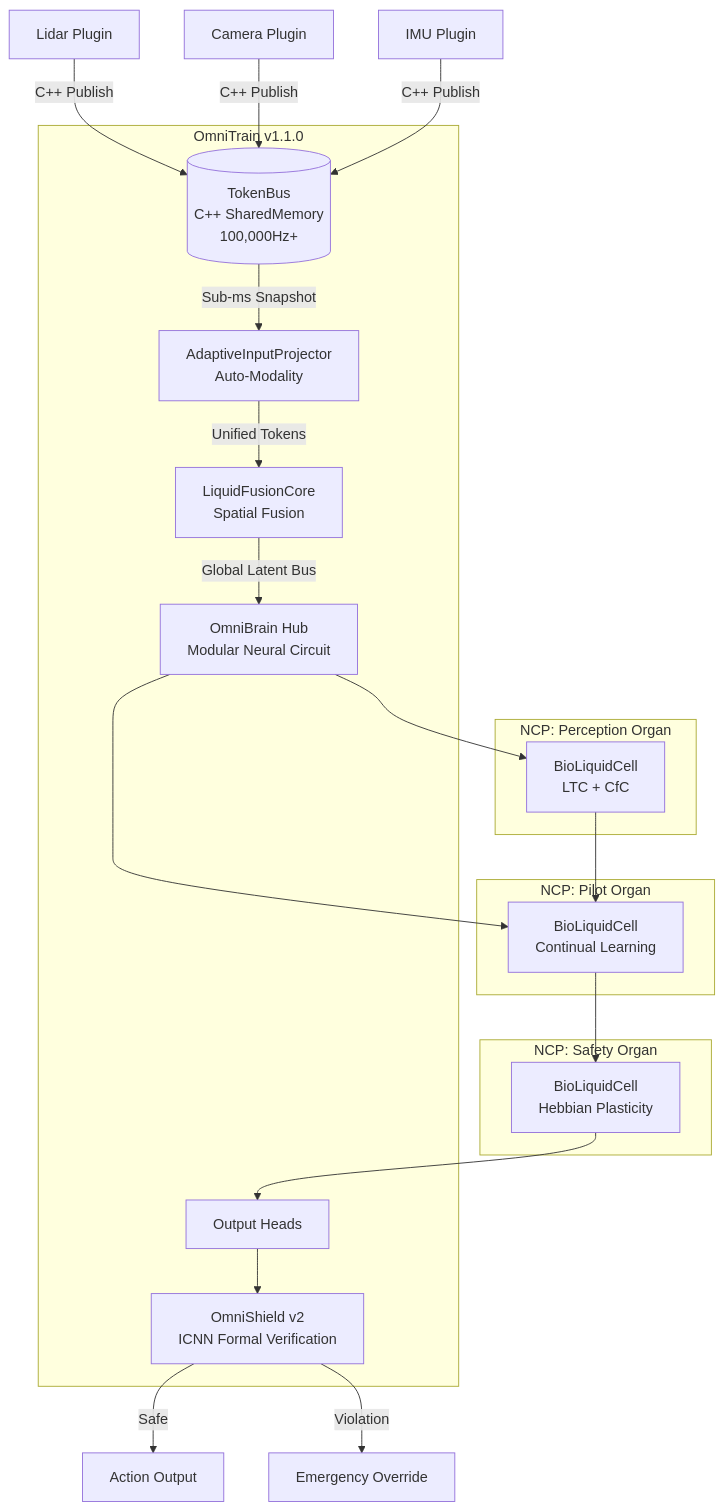
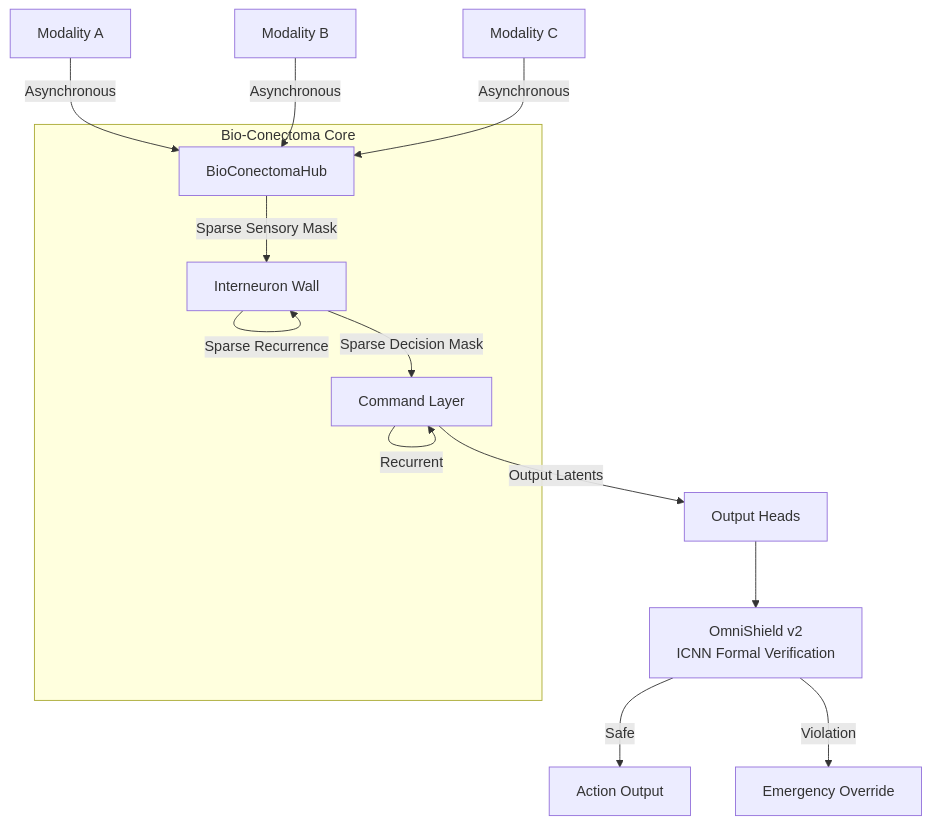
The diagram in docs/DETAILS.md (Mrmyms/Omnitrain), drawn with Mermaid before and after one commit. The commit also changed other lines of this file and 36 other files, not shown here.

Commit message:
Industrialize OmniTrain v2.1: Fix data degradation, stabilize Lagrangian training, and optimize multi-sensor fusion

````diff
--- a/docs/DETAILS.md
+++ b/docs/DETAILS.md
@@ -12,43 +12,19 @@
 ```mermaid
 graph TD
-    S1[ Lidar Plugin] -->|C++ Publish| TB[(TokenBus<br>C++ SharedMemory<br>100,000Hz+)]
-    S2[ Camera Plugin] -->|C++ Publish| TB
-    S3[ IMU Plugin] -->|C++ Publish| TB
+    S1[ Modality A] -->|Asynchronous| H[BioConectomaHub]
+    S2[ Modality B] -->|Asynchronous| H
+    S3[ Modality C] -->|Asynchronous| H
 
-    TB -->|Sub-ms Snapshot| AIP[AdaptiveInputProjector<br>Auto-Modality]
-    AIP -->|Unified Tokens| FC[LiquidFusionCore<br>Spatial Fusion]
-    
-    FC -->|Global Latent Bus| OBH[OmniBrain Hub<br>Modular Neural Circuit]
-    
-    subgraph "NCP: Perception Organ"
-        P1[BioLiquidCell<br>LTC + CfC]
+    subgraph "Bio-Conectoma Core"
+        H -->|Sparse Sensory Mask| W[Interneuron Wall]
+        W -->|Sparse Recurrence| W
+        W -->|Sparse Decision Mask| C[Command Layer]
+        C -->|Recurrent| C
     end
     
-    subgraph "NCP: Pilot Organ"
-        P2[BioLiquidCell<br>Continual Learning]
-    end
-    
-    subgraph "NCP: Safety Organ"
-        P3[BioLiquidCell<br>Hebbian Plasticity]
-    end
-    
-    OBH --> P1
-    OBH --> P2
-    P1 --> P2
-    P2 --> P3
-    
-    P3 --> OH[Output Heads]
+    C -->|Output Latents| OH[Output Heads]
     OH --> SG[OmniShield v2<br>ICNN Formal Verification]
     
     SG -->|Safe| ACT[Action Output]
     SG -->|Violation| EMR[Emergency Override]
-    
-    subgraph "OmniTrain v1.1.0"
-        TB
-        AIP
-        FC
-        OBH
-        OH
-        SG
-    end
 ```
````
